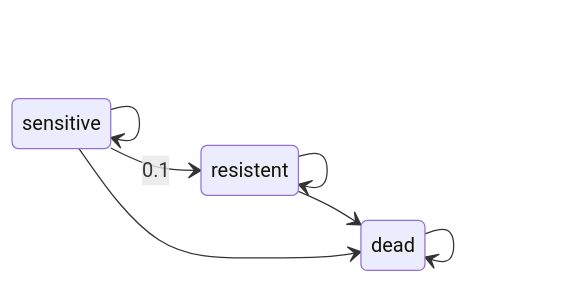
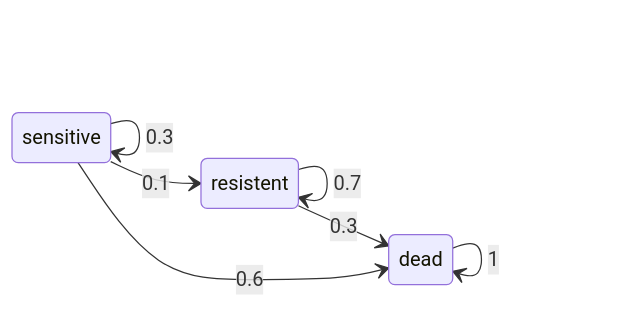
The diagram in _posts/2025-02-08-abm.md (MaaikevS/maaikevs.github.io), drawn with Mermaid before and after one commit. The commit also changed other lines of this file and 25 other files, not shown here.

````diff
--- a/_posts/2025-02-08-abm.md
+++ b/_posts/2025-02-08-abm.md
@@ -55,10 +55,10 @@
 ```mermaid
 stateDiagram-v2
 direction LR
    sensitive --> resistent: 0.1
-   resistent --> dead
-   sensitive --> dead
-   sensitive --> sensitive
-   resistent --> resistent
-   dead --> dead
+   resistent --> dead: 0.3
+   sensitive --> dead: 0.6
+   sensitive --> sensitive: 0.3
+   resistent --> resistent: 0.7
+   dead --> dead: 1
 ```
````
